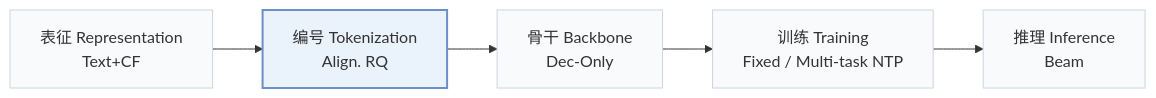
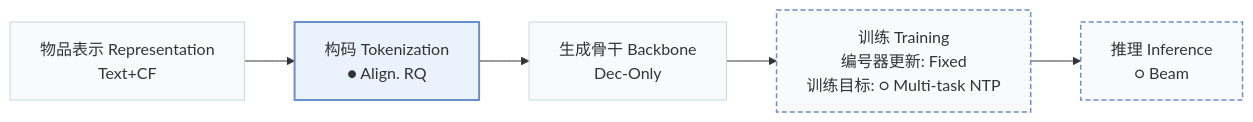
The first of 2 diagrams in pages/zh/papers/semconv.md (Galaxy-ghost/Awesome-SID-Generative-Rec), drawn with Mermaid before and after one commit. The commit also changed other lines of this file and 558 other files, not shown here.

````diff
--- a/pages/zh/papers/semconv.md
+++ b/pages/zh/papers/semconv.md
@@ -15,8 +18,10 @@
 ```mermaid
 flowchart LR
-    R["表征 Representation<br/>Text+CF"] --> T["编号 Tokenization<br/>Align. RQ"] --> B["骨干 Backbone<br/>Dec-Only"] --> TR["训练 Training<br/>Fixed / Multi-task NTP"] --> I["推理 Inference<br/>Beam"]
+    R["物品表示 Representation<br/>Text+CF"] --> T["构码 Tokenization<br/>● Align. RQ"] --> B["生成骨干 Backbone<br/>Dec-Only"] --> TR["训练 Training<br/>编号器更新: Fixed<br/>训练目标: ○ Multi-task NTP"] --> I["推理 Inference<br/>○ Beam"]
     classDef base fill:#f8fafc,stroke:#cbd5e1
     class R,T,B,TR,I base
+    classDef other fill:#f8fafc,stroke:#6b8fc7,stroke-width:1.5px,stroke-dasharray:5 3
+    class TR,I other
     classDef main fill:#eaf2fb,stroke:#6b8fc7,stroke-width:2px
     class T main
 ```
````
